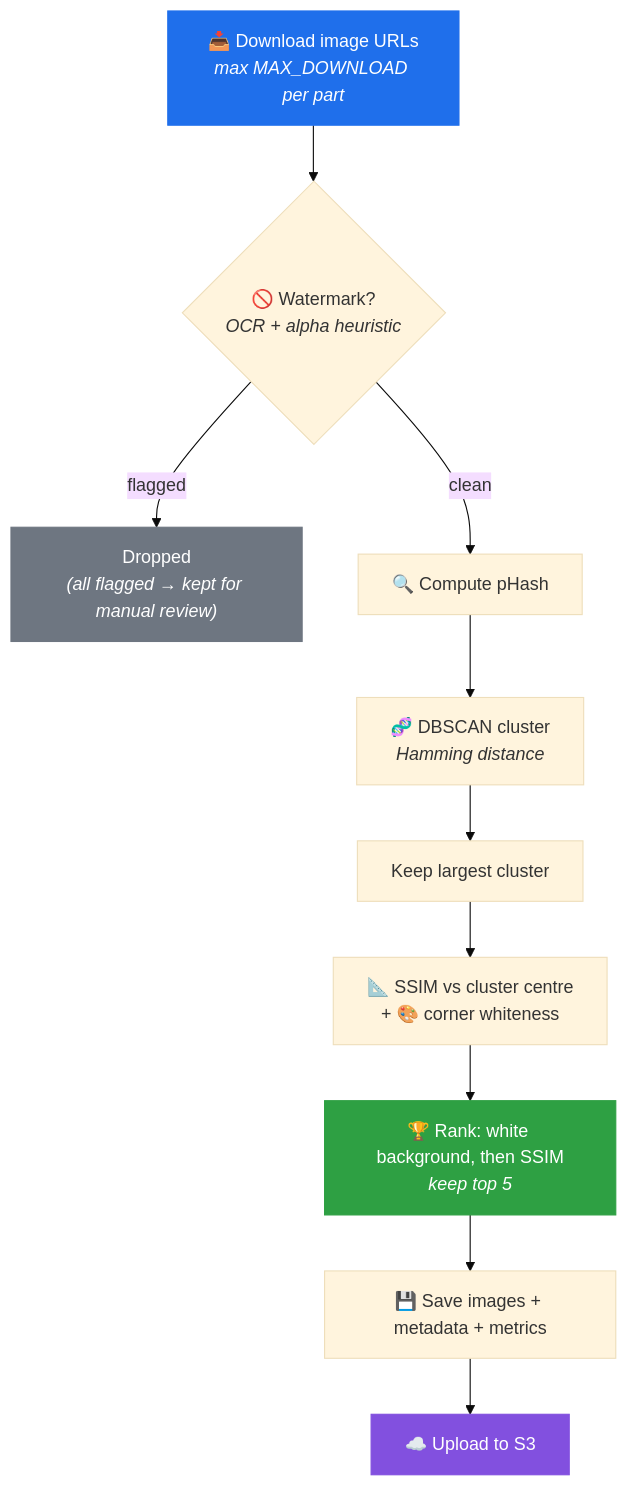
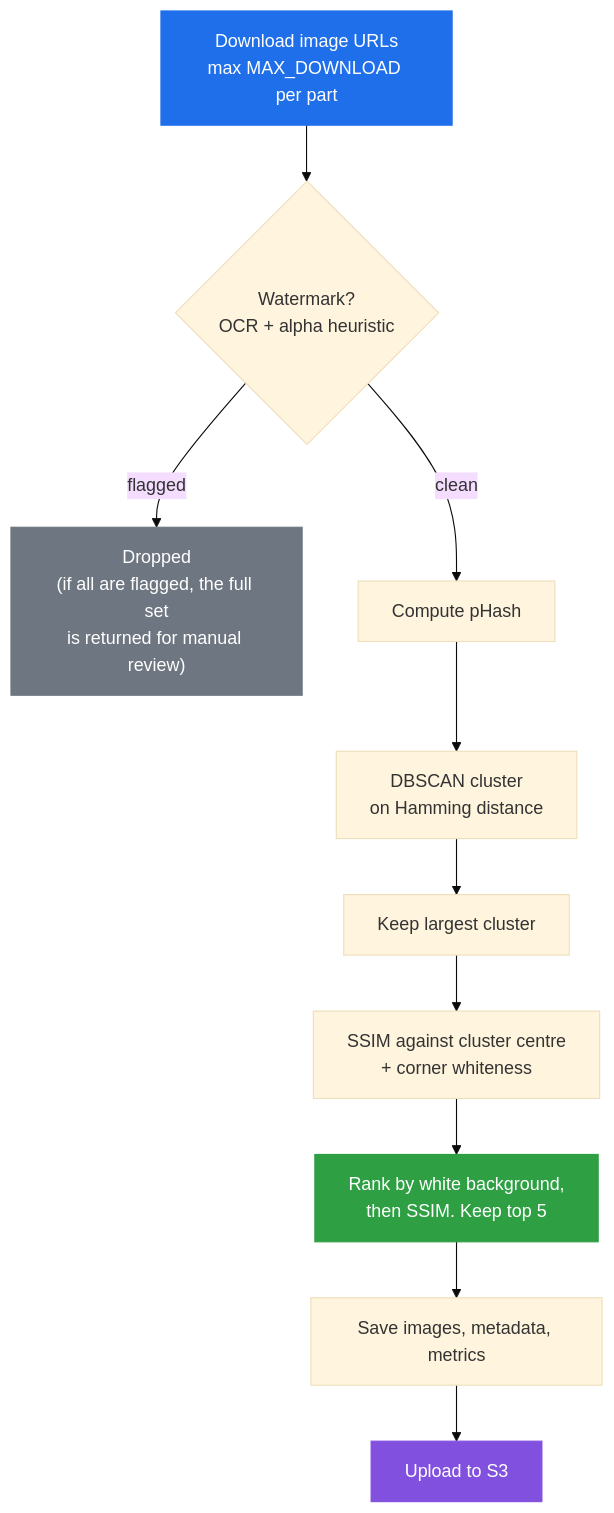
The diagram in README.md (FETKlOkAn2/Image-Analyzer), drawn with Mermaid (base theme) before and after one commit. The commit also changed other lines of this file and 8 other files, not shown here.

````diff
--- a/README.md
+++ b/README.md
@@ -79,17 +62,17 @@
 ```mermaid
 flowchart TD
-    A["📥 Download image URLs<br/><i>max MAX_DOWNLOAD per part</i>"] --> B{"🚫 Watermark?<br/><i>OCR + alpha heuristic</i>"}
-    B -- "flagged" --> B1["Dropped<br/><i>(all flagged → kept for manual review)</i>"]
-    B -- "clean" --> C["🔍 Compute pHash"]
-    C --> D["🧬 DBSCAN cluster<br/><i>Hamming distance</i>"]
+    A["Download image URLs<br/>max MAX_DOWNLOAD per part"] --> B{"Watermark?<br/>OCR + alpha heuristic"}
+    B -- "flagged" --> B1["Dropped<br/>(if all are flagged, the full set<br/>is returned for manual review)"]
+    B -- "clean" --> C["Compute pHash"]
+    C --> D["DBSCAN cluster<br/>on Hamming distance"]
     D --> E["Keep largest cluster"]
-    E --> F["📐 SSIM vs cluster centre<br/>+ 🎨 corner whiteness"]
-    F --> G["🏆 Rank: white background, then SSIM<br/><i>keep top 5</i>"]
-    G --> H["💾 Save images + metadata + metrics"]
-    H --> I["☁️ Upload to S3"]
+    E --> F["SSIM against cluster centre<br/>+ corner whiteness"]
+    F --> G["Rank by white background,<br/>then SSIM. Keep top 5"]
+    G --> H["Save images, metadata, metrics"]
+    H --> I["Upload to S3"]
 
     style A fill:#1f6feb,stroke:#1f6feb,color:#fff
     style G fill:#2ea043,stroke:#2ea043,color:#fff
     style I fill:#8250df,stroke:#8250df,color:#fff
     style B1 fill:#6e7681,stroke:#6e7681,color:#fff
 ```
````
